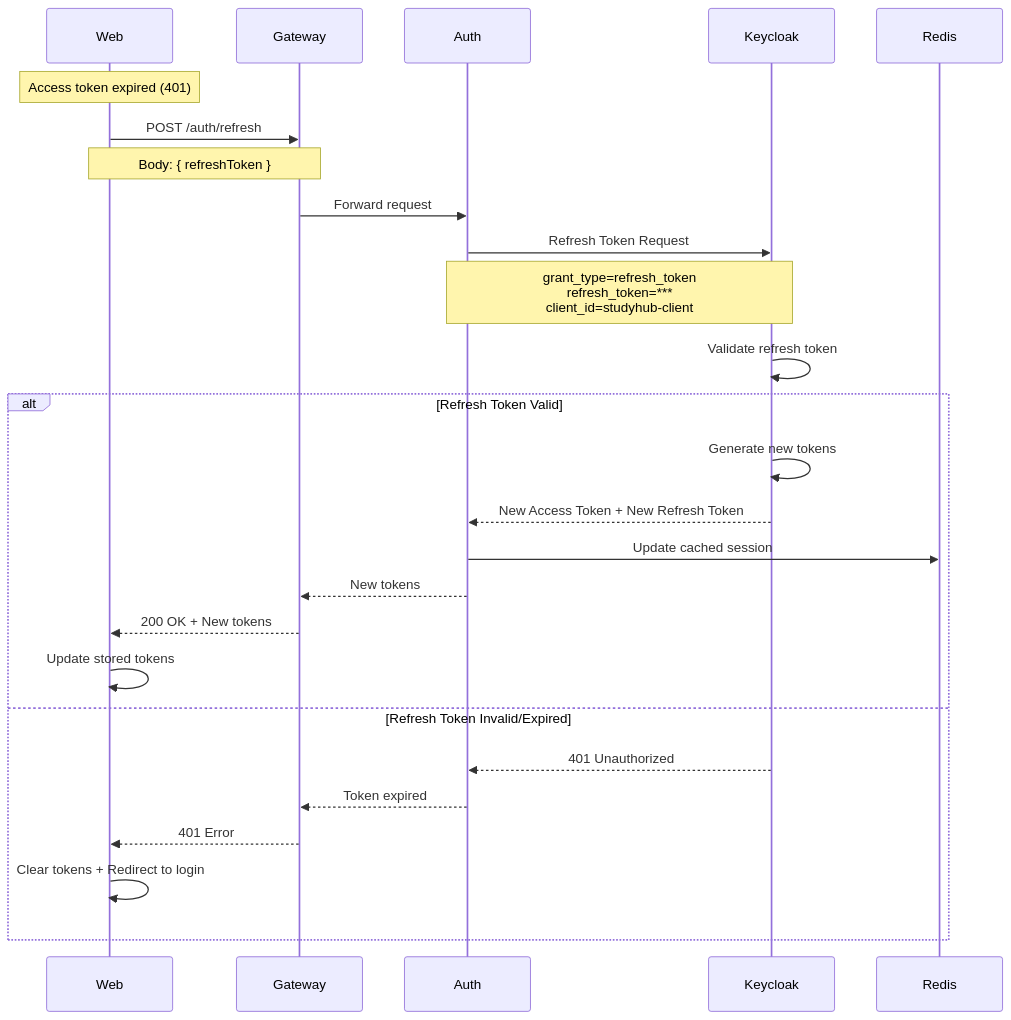
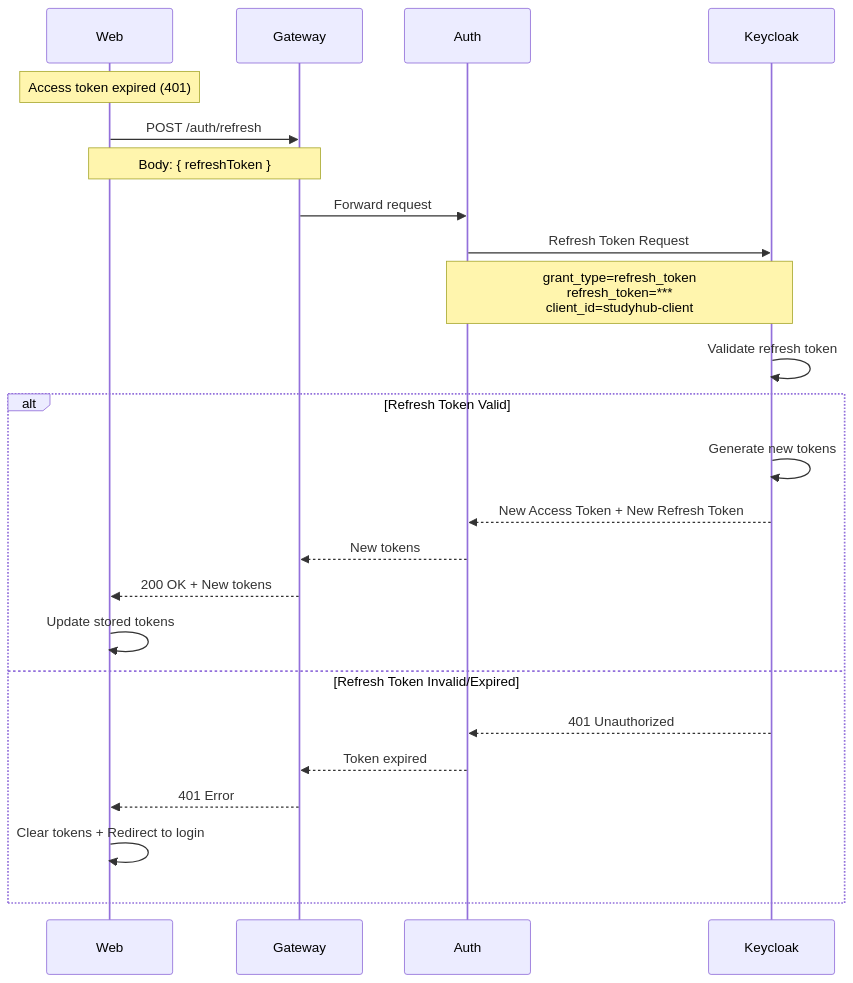
Before and after one commit to gnuhhung317/project3-reports: the fifth of 6 diagrams in week1/keycloak.md, drawn with Mermaid. The commit also changed other lines of this file, not shown here.

````diff
--- a/week1/keycloak.md
+++ b/week1/keycloak.md
@@ -352,32 +326,30 @@
 ```mermaid
 sequenceDiagram
     participant Web
     participant Gateway
     participant Auth
     participant Keycloak
-    participant Redis
     
     Note over Web: Access token expired (401)
     Web->>Gateway: POST /auth/refresh
     Note over Web,Gateway: Body: { refreshToken }
     Gateway->>Auth: Forward request
     
     Auth->>Keycloak: Refresh Token Request
     Note over Auth,Keycloak: grant_type=refresh_token<br/>refresh_token=***<br/>client_id=studyhub-client
     
     Keycloak->>Keycloak: Validate refresh token
     
     alt Refresh Token Valid
         Keycloak->>Keycloak: Generate new tokens
         Keycloak-->>Auth: New Access Token + New Refresh Token
-        Auth->>Redis: Update cached session
         Auth-->>Gateway: New tokens
         Gateway-->>Web: 200 OK + New tokens
         Web->>Web: Update stored tokens
     else Refresh Token Invalid/Expired
         Keycloak-->>Auth: 401 Unauthorized
         Auth-->>Gateway: Token expired
         Gateway-->>Web: 401 Error
         Web->>Web: Clear tokens + Redirect to login
     end
 ```
````
